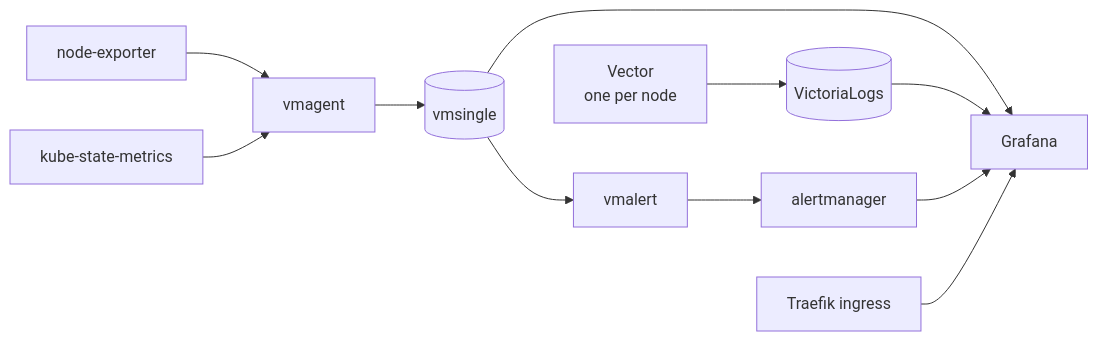
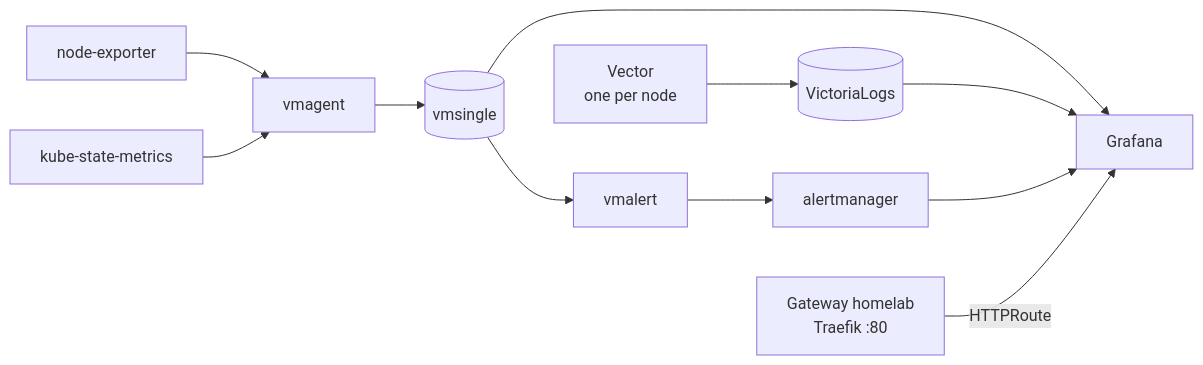
Before and after one commit to asajaroff/homelab: the third of 3 diagrams in docs/rke2-cluster.md, drawn with Mermaid. The commit also changed other lines of this file, not shown here.

Commit message:
docs: document Traefik Gateway API setup

````diff
--- a/docs/rke2-cluster.md
+++ b/docs/rke2-cluster.md
@@ -97,13 +97,13 @@
 ```mermaid
 flowchart LR
     ne[node-exporter] --> agent[vmagent]
     ksm[kube-state-metrics] --> agent
     agent --> vm[(vmsingle)]
     vm --> alert[vmalert]
     alert --> am[alertmanager]
     vector[Vector<br/>one per node] --> vl[(VictoriaLogs)]
     vm --> grafana[Grafana]
     vl --> grafana
     am --> grafana
-    traefik[Traefik ingress] --> grafana
+    gw[Gateway homelab<br/>Traefik :80] -->|HTTPRoute| grafana
 ```
````
